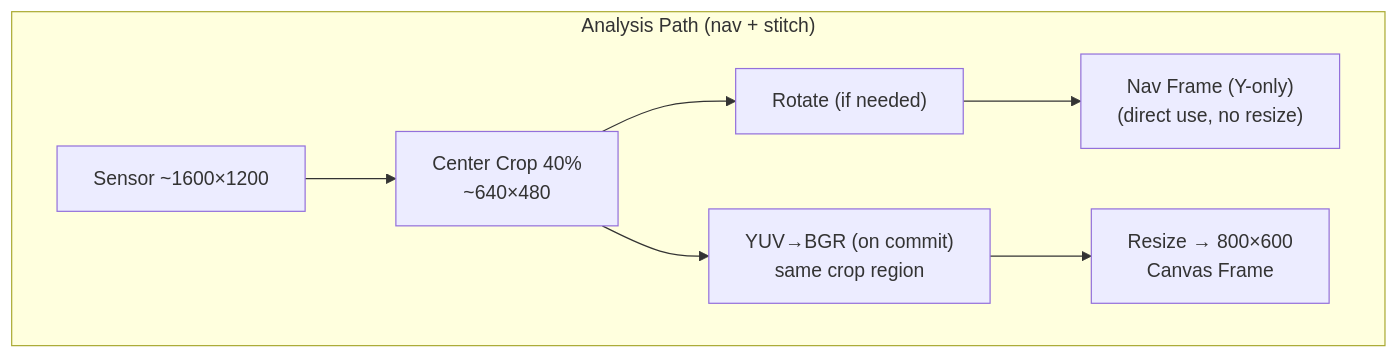
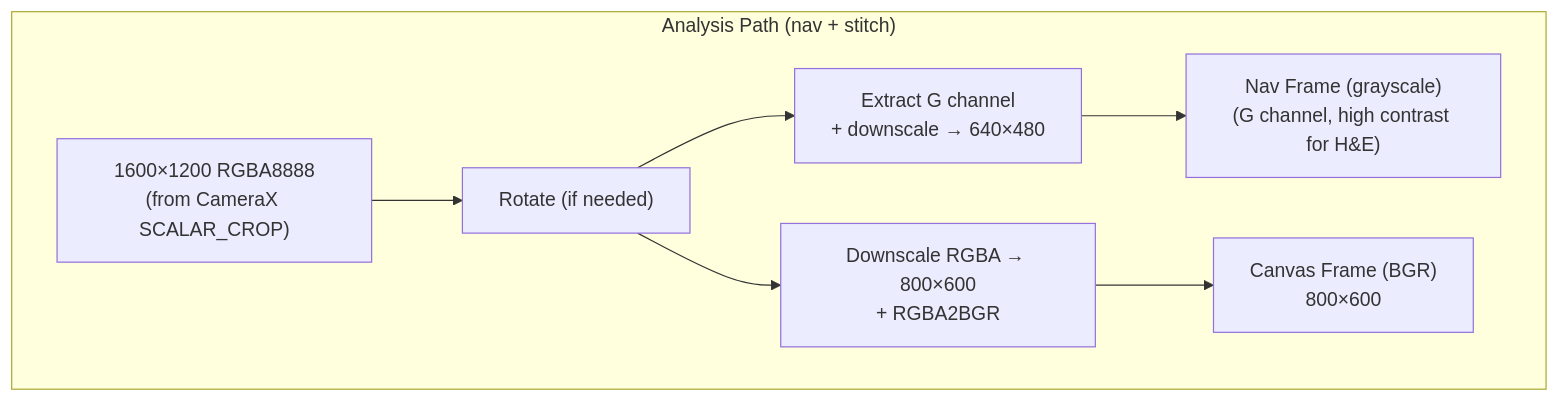
The seventh of 8 diagrams in docs/claude-plan-stitching-v3/03_Architecture.md (Shreeyak/eva_stitcher_minimal), drawn with Mermaid before and after one commit. The commit also changed other lines of this file and 2 other files, not shown here.

````diff
--- a/docs/claude-plan-stitching-v3/03_Architecture.md
+++ b/docs/claude-plan-stitching-v3/03_Architecture.md
@@ -404,14 +405,14 @@
 ```mermaid
 flowchart TB
     subgraph "Analysis Path (nav + stitch)"
-        AS["Sensor ~1600×1200"]
-        AC["Center Crop 40%<br/>~640×480"]
+        AS["1600×1200 RGBA8888<br/>(from CameraX SCALAR_CROP)"]
         AROT["Rotate (if needed)"]
-        AF["Nav Frame (Y-only)<br/>(direct use, no resize)"]
-        ASTITCH["YUV→BGR (on commit)<br/>same crop region"]
-        ARESZ["Resize → 800×600<br/>Canvas Frame"]
+        AG["Extract G channel<br/>+ downscale → 640×480"]
+        AF["Nav Frame (grayscale)<br/>(G channel, high contrast for H&E)"]
+        ARESZ["Downscale RGBA → 800×600<br/>+ RGBA2BGR"]
+        ACAN["Canvas Frame (BGR)<br/>800×600"]
     end
 
-    AS --> AC --> AROT --> AF
-    AC --> ASTITCH --> ARESZ
+    AS --> AROT --> AG --> AF
+    AROT --> ARESZ --> ACAN
 ```
````
